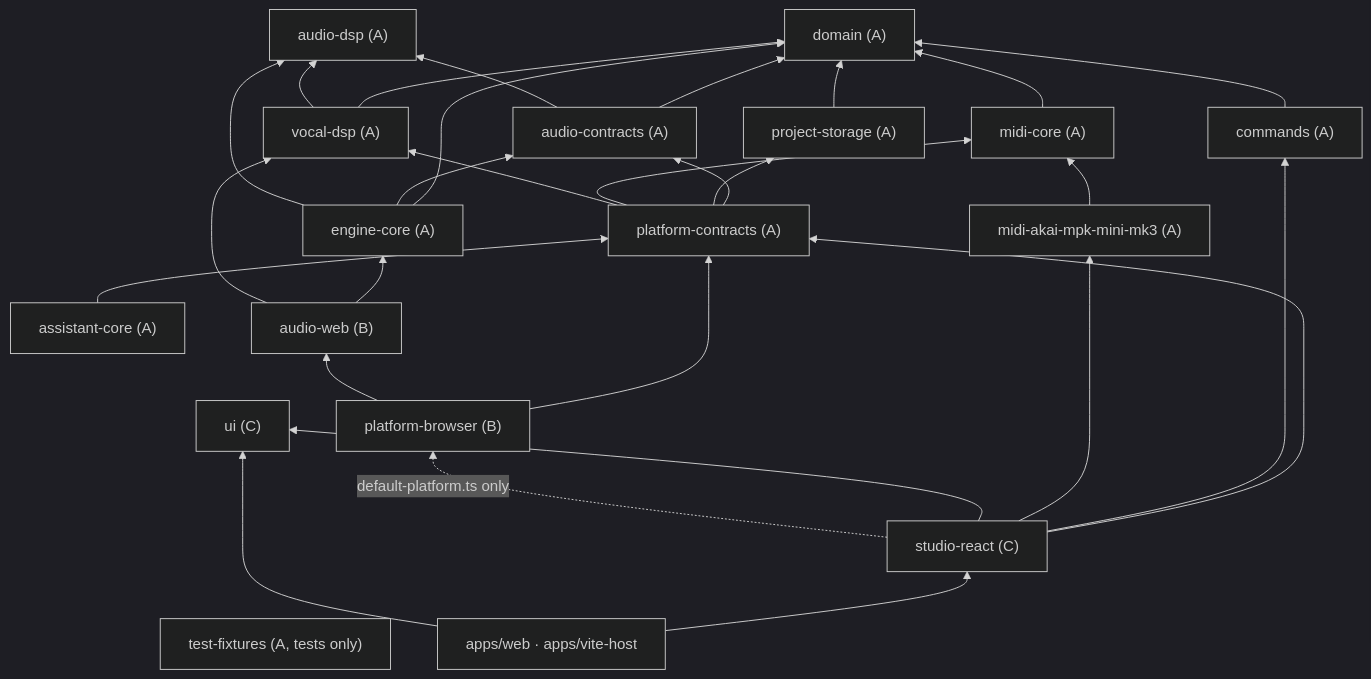
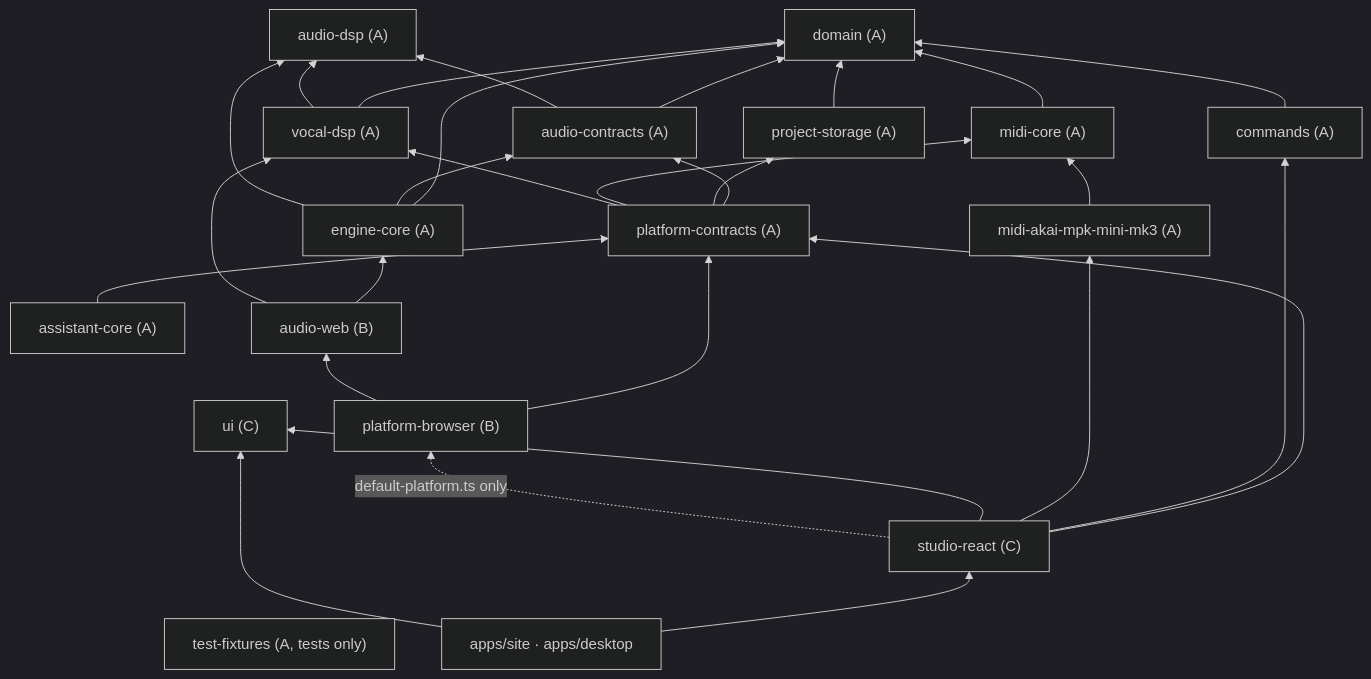
Before and after one commit to itsdula/music-app: the third of 8 diagrams in docs/architecture.md, drawn with Mermaid (dark theme). The commit also changed other lines of this file and 198 other files, not shown here.

First line of the commit message:
Rebrand to Nawa: Vite+ site on GitHub Pages and Electron desktop releases

````diff
--- a/docs/architecture.md
+++ b/docs/architecture.md
@@ -122,34 +123,34 @@
 ```mermaid
 flowchart BT
   domain["domain (A)"]
   commands["commands (A)"] --> domain
   audiodsp["audio-dsp (A)"]
   contracts["audio-contracts (A)"] --> domain
   contracts --> audiodsp
   enginecore["engine-core (A)"] --> domain
   enginecore --> contracts
   enginecore --> audiodsp
   vocal["vocal-dsp (A)"] --> domain
   vocal --> audiodsp
   midicore["midi-core (A)"] --> domain
   mpk["midi-akai-mpk-mini-mk3 (A)"] --> midicore
   storage["project-storage (A)"] --> domain
   pcontracts["platform-contracts (A)"] --> contracts
   pcontracts --> storage
   pcontracts --> midicore
   pcontracts --> vocal
   assistant["assistant-core (A)"] --> pcontracts
   fixtures["test-fixtures (A, tests only)"]
   audioweb["audio-web (B)"] --> enginecore
   audioweb --> vocal
   pbrowser["platform-browser (B)"] --> pcontracts
   pbrowser --> audioweb
   ui["ui (C)"]
   studio["studio-react (C)"] --> pcontracts
   studio --> commands
   studio --> mpk
   studio --> ui
   studio -. "default-platform.ts only" .-> pbrowser
-  apps["apps/web · apps/vite-host"] --> studio
+  apps["apps/site · apps/desktop"] --> studio
   apps --> ui
 ```
````
